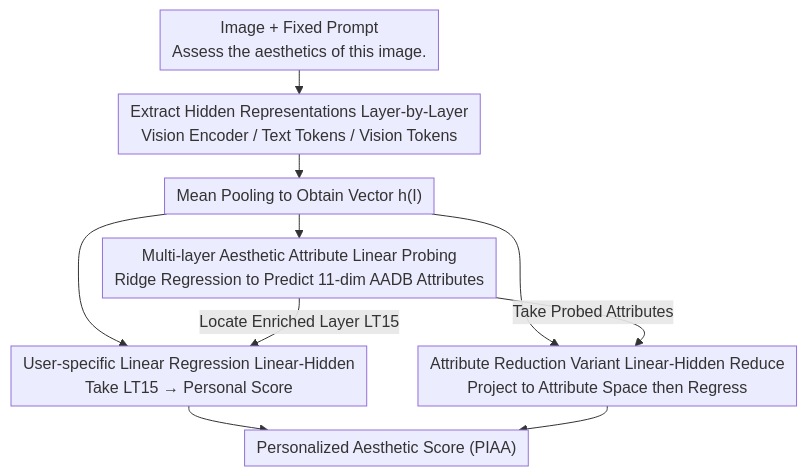
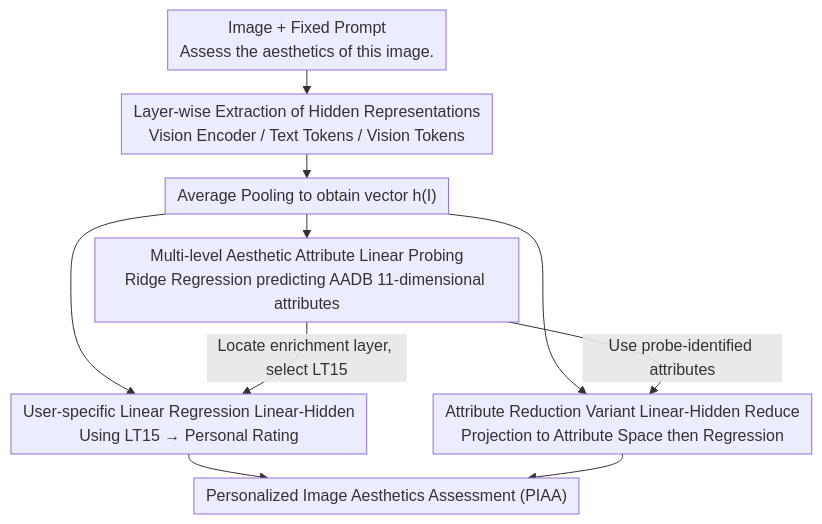
One commit to zhaoyang97/Paper-Notes-en changed the diagram in docs/ACL2026/multimodal_vlm/what_do_vision-language_models_encode_for_personalized_image_aesthetics_assessme.md. Above: the diagram before and after it, drawn with Mermaid. The commit also changed other lines of this file and 5084 other files, not shown here.

````diff
--- a/docs/ACL2026/multimodal_vlm/what_do_vision-language_models_encode_for_personalized_image_aesthetics_assessme.md
+++ b/docs/ACL2026/multimodal_vlm/what_do_vision-language_models_encode_for_personalized_image_aesthetics_assessme.md
@@ -45,13 +45,13 @@
 ```mermaid
 %%{init: {'flowchart': {'rankSpacing': 24, 'nodeSpacing': 28, 'padding': 6, 'wrappingWidth': 400}}}%%
 flowchart TD
-    A["Image + Fixed Prompt<br/>Assess the aesthetics of this image."] --> B["Extract Hidden Representations Layer-by-Layer<br/>Vision Encoder / Text Tokens / Vision Tokens"]
-    B --> C["Mean Pooling to Obtain Vector h(I)"]
-    C --> D["Multi-layer Aesthetic Attribute Linear Probing<br/>Ridge Regression to Predict 11-dim AADB Attributes"]
-    C --> E["User-specific Linear Regression Linear-Hidden<br/>Take LT15 → Personal Score"]
-    C --> F["Attribute Reduction Variant Linear-Hidden Reduce<br/>Project to Attribute Space then Regress"]
-    D -->|Locate Enriched Layer LT15| E
-    D -->|Take Probed Attributes| F
-    E --> G["Personalized Aesthetic Score (PIAA)"]
+    A["Image + Fixed Prompt<br/>Assess the aesthetics of this image."] --> B["Layer-wise Extraction of Hidden Representations<br/>Vision Encoder / Text Tokens / Vision Tokens"]
+    B --> C["Average Pooling to obtain vector h(I)"]
+    C --> D["Multi-level Aesthetic Attribute Linear Probing<br/>Ridge Regression predicting AADB 11-dimensional attributes"]
+    C --> E["User-specific Linear Regression Linear-Hidden<br/>Using LT15 → Personal Rating"]
+    C --> F["Attribute Reduction Variant Linear-Hidden Reduce<br/>Projection to Attribute Space then Regression"]
+    D -->|Locate enrichment layer, select LT15| E
+    D -->|Use probe-identified attributes| F
+    E --> G["Personalized Image Aesthetics Assessment (PIAA)"]
     F --> G
 ```
````
